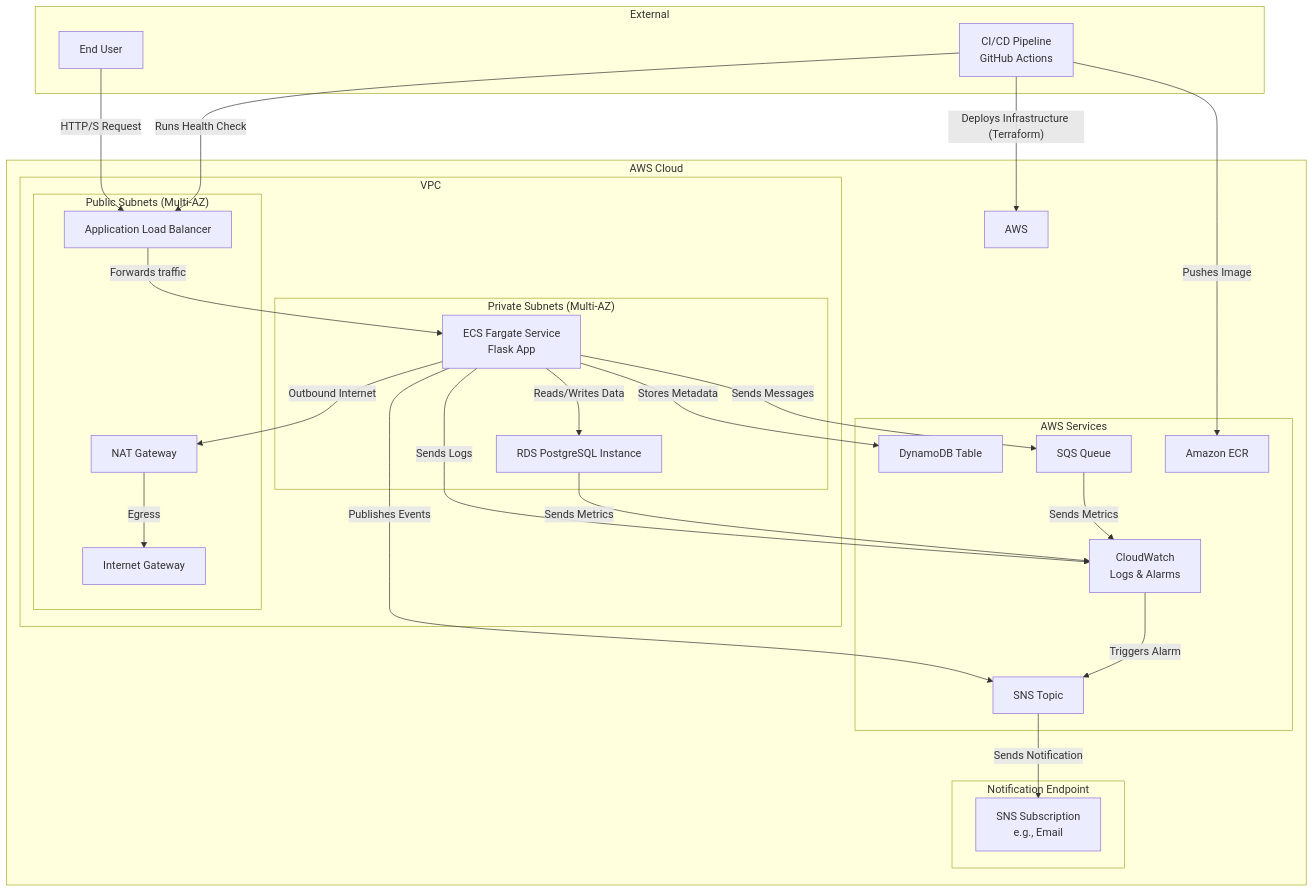
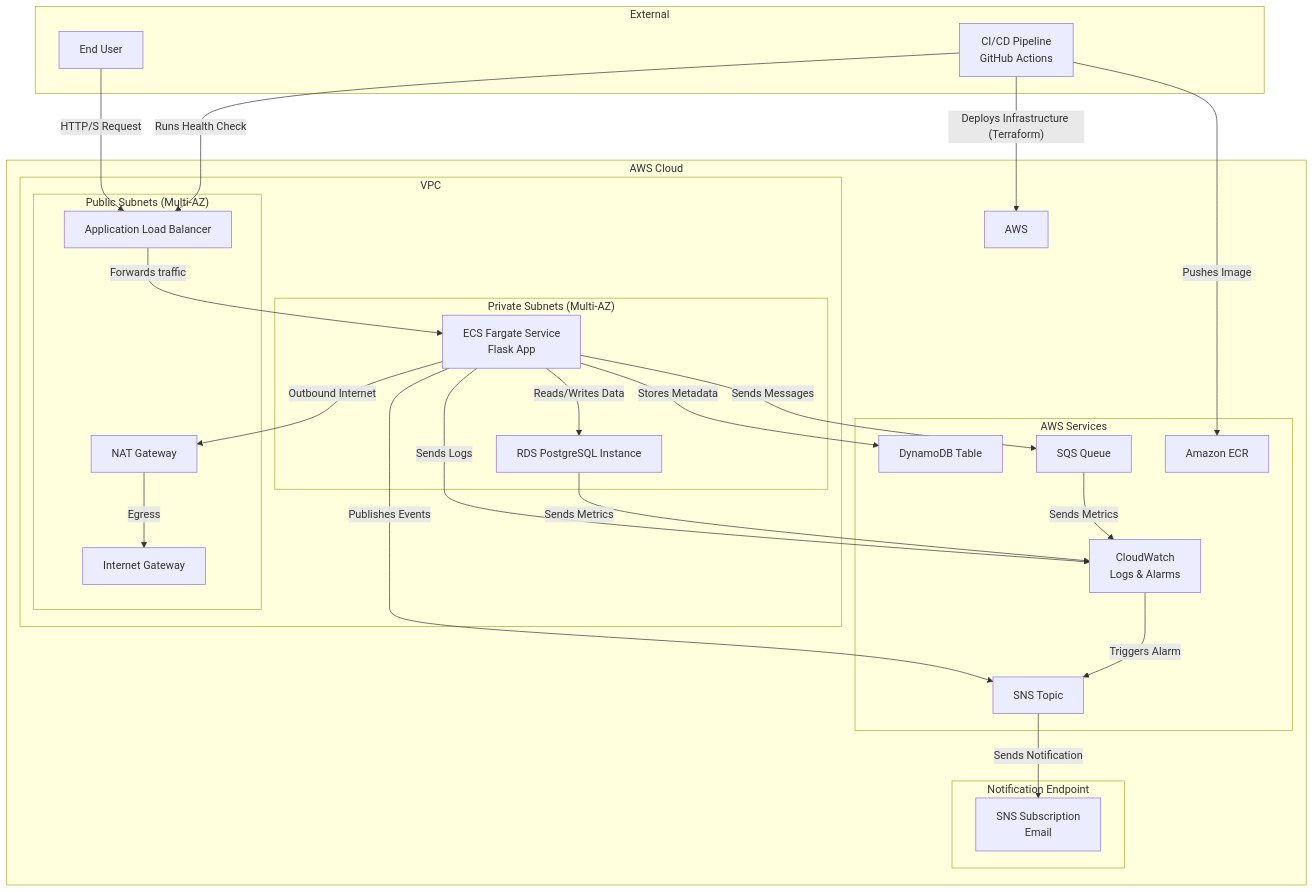
One commit to adyoli/AWS-Messaging-System-Infrastructure changed the diagram in README.md. Above: the diagram before and after it, drawn with Mermaid. The commit also changed other lines of this file and 2 other files, not shown here.

````diff
--- a/README.md
+++ b/README.md
@@ -17,53 +17,53 @@
 ```mermaid
 graph TD
     subgraph "External"
         User[End User]
         CICD[CI/CD Pipeline <br> GitHub Actions]
     end
 
     subgraph "AWS Cloud"
         subgraph "VPC"
             subgraph "Public Subnets (Multi-AZ)"
                 ALB[Application Load Balancer]
                 NAT[NAT Gateway]
                 IGW[Internet Gateway]
             end
 
             subgraph "Private Subnets (Multi-AZ)"
                 ECS[ECS Fargate Service <br> Flask App]
                 RDS[RDS PostgreSQL Instance]
             end
         end
 
         subgraph "AWS Services"
             DynamoDB[DynamoDB Table]
             SQS[SQS Queue]
             SNS[SNS Topic]
             CloudWatch[CloudWatch <br> Logs & Alarms]
             ECR[Amazon ECR]
         end
 
         subgraph "Notification Endpoint"
-            Subscription[SNS Subscription <br> e.g., Email]
+            Subscription[SNS Subscription <br> Email]
         end
 
 
         User -- HTTP/S Request --> ALB
         ALB -- Forwards traffic --> ECS
         ECS -- Outbound Internet --> NAT -- Egress --> IGW
         ECS -- Reads/Writes Data --> RDS
         ECS -- Stores Metadata --> DynamoDB
         ECS -- Sends Messages --> SQS
         ECS -- Publishes Events --> SNS
         ECS -- Sends Logs --> CloudWatch
 
         RDS -- Sends Metrics --> CloudWatch
         SQS -- Sends Metrics --> CloudWatch
         CloudWatch -- Triggers Alarm --> SNS
         SNS -- Sends Notification --> Subscription
 
         CICD -- Pushes Image --> ECR
         CICD -- Deploys Infrastructure (Terraform) --> AWS
         CICD -- Runs Health Check --> ALB
     end
 ```
````
